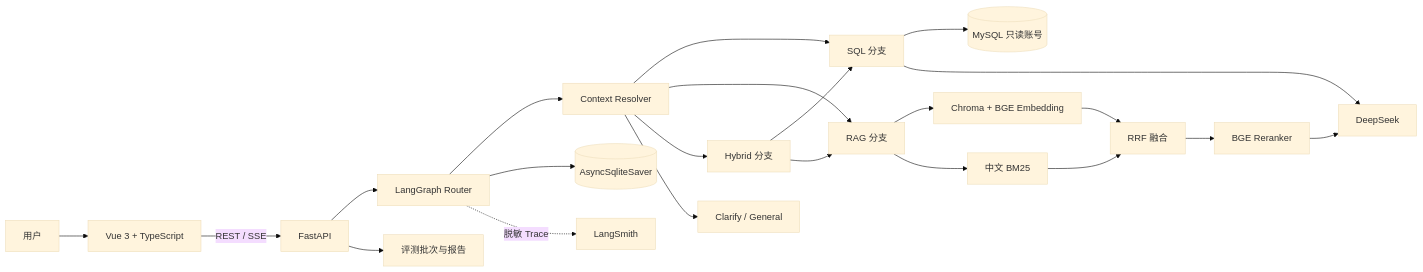
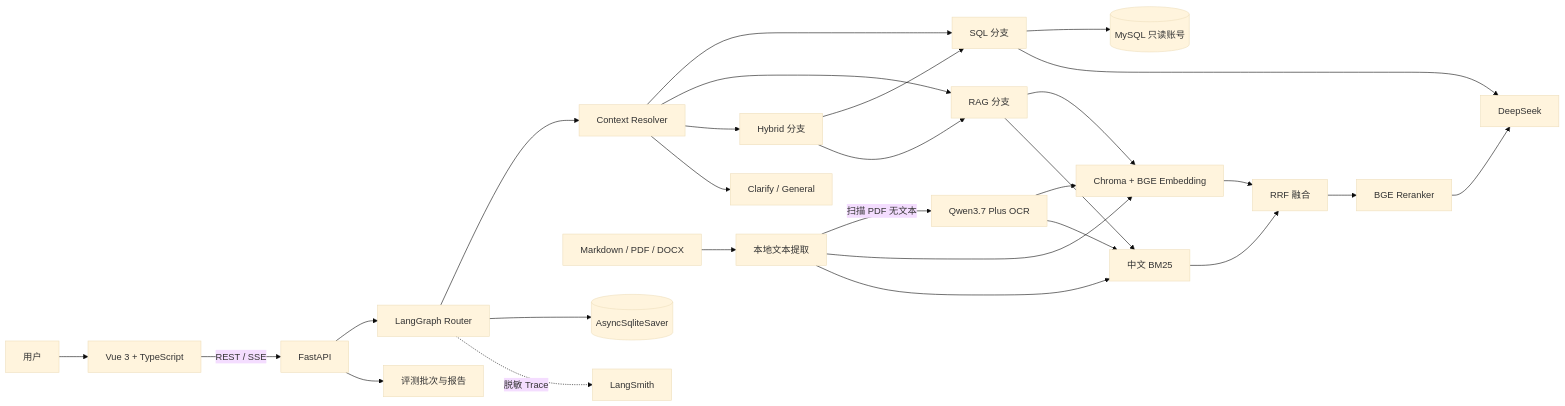
The diagram in docs/architecture.md (xxxjiejiejie/retail-insight-agent), drawn with Mermaid (base theme) before and after one commit. The commit also changed other lines of this file and 9 other files, not shown here.

Commit message:
feat: 添加可选的 Qwen Vision OCR 支持，增强扫描版 PDF 文档处理能力

````diff
--- a/docs/architecture.md
+++ b/docs/architecture.md
@@ -7,26 +7,32 @@
 ```mermaid
 flowchart LR
     User["用户"] --> Vue["Vue 3 + TypeScript"]
     Vue -->|REST / SSE| API["FastAPI"]
     API --> Graph["LangGraph Router"]
     Graph --> Context["Context Resolver"]
     Context --> SQL["SQL 分支"]
     Context --> RAG["RAG 分支"]
     Context --> Hybrid["Hybrid 分支"]
     Context --> Clarify["Clarify / General"]
     Hybrid --> SQL
     Hybrid --> RAG
 
     SQL --> MySQL[("MySQL 只读账号")]
     RAG --> Chroma["Chroma + BGE Embedding"]
     RAG --> BM25["中文 BM25"]
+    Documents["Markdown / PDF / DOCX"] --> NativeText["本地文本提取"]
+    NativeText -->|扫描 PDF 无文本| OCR["Qwen3.7 Plus OCR"]
+    NativeText --> Chroma
+    NativeText --> BM25
+    OCR --> Chroma
+    OCR --> BM25
     Chroma --> RRF["RRF 融合"]
     BM25 --> RRF
     RRF --> Reranker["BGE Reranker"]
     Reranker --> LLM["DeepSeek"]
     SQL --> LLM
 
     Graph --> Checkpoint[("AsyncSqliteSaver")]
     API --> Evaluation["评测批次与报告"]
     Graph -. 脱敏 Trace .-> LangSmith["LangSmith"]
 ```
````
